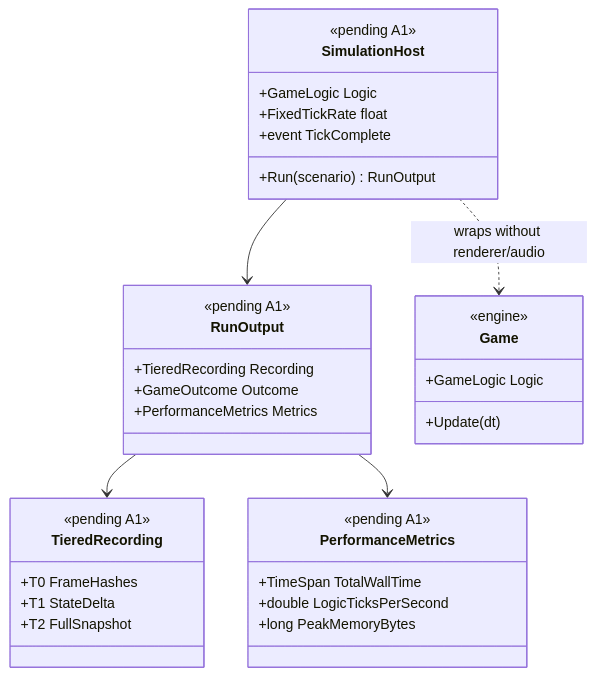
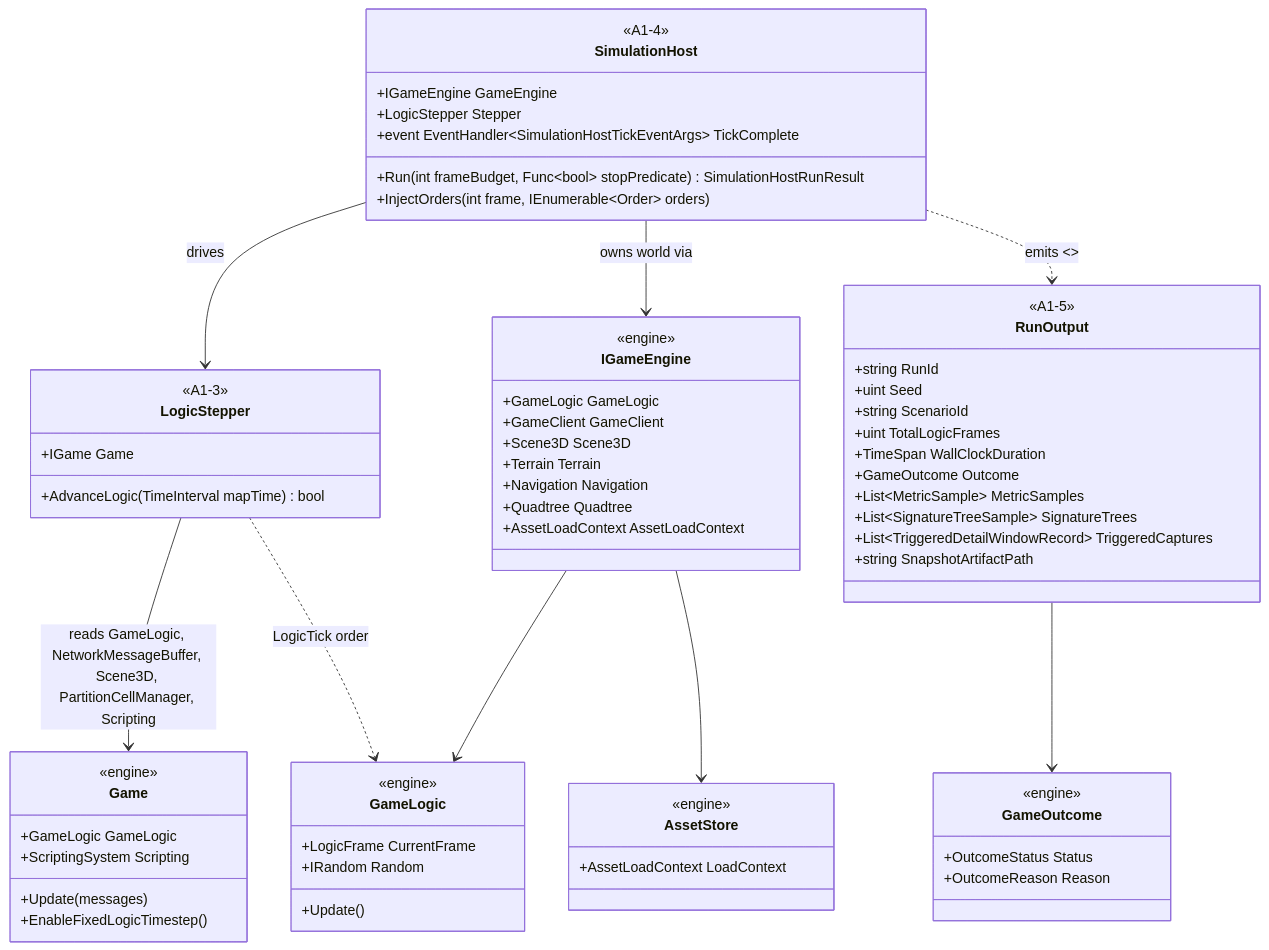
Before and after one commit to rmessinger/Panopticon: the first of 3 diagrams in docs/roadmap/deep-dives/a1-headless-host.md, drawn with Mermaid. The commit also changed other lines of this file and 50 other files, not shown here.

First line of the commit message:
Track A: A1 headless simulation host + A2 seeded randomness prerequisite (#26)

````diff
--- a/docs/roadmap/deep-dives/a1-headless-host.md
+++ b/docs/roadmap/deep-dives/a1-headless-host.md
@@ -128,42 +136,77 @@
 ```mermaid
 classDiagram
   class SimulationHost {
-    <<pending A1>>
-    +GameLogic Logic
-    +FixedTickRate float
-    +Run(scenario) RunOutput
-    +event TickComplete
+    <<A1-4>>
+    +IGameEngine GameEngine
+    +LogicStepper Stepper
+    +Run(int frameBudget, Func~bool~ stopPredicate) SimulationHostRunResult
+    +InjectOrders(int frame, IEnumerable~Order~ orders)
+    +event EventHandler~SimulationHostTickEventArgs~ TickComplete
   }
 
-  class RunOutput {
-    <<pending A1>>
-    +TieredRecording Recording
-    +GameOutcome Outcome
-    +PerformanceMetrics Metrics
-  }
-
-  class TieredRecording {
-    <<pending A1>>
-    +T0 FrameHashes
-    +T1 StateDelta
-    +T2 FullSnapshot
-  }
-
-  class PerformanceMetrics {
-    <<pending A1>>
-    +TimeSpan TotalWallTime
-    +double LogicTicksPerSecond
-    +long PeakMemoryBytes
+  class LogicStepper {
+    <<A1-3>>
+    +IGame Game
+    +AdvanceLogic(TimeInterval mapTime) bool
   }
 
   class Game {
     <<engine>>
-    +GameLogic Logic
-    +Update(dt)
+    +GameLogic GameLogic
+    +ScriptingSystem Scripting
+    +Update(messages)
+    +EnableFixedLogicTimestep()
   }
 
-  SimulationHost --> RunOutput
-  RunOutput --> TieredRecording
-  RunOutput --> PerformanceMetrics
-  SimulationHost ..> Game : wraps without renderer/audio
+  class IGameEngine {
+    <<engine>>
+    +GameLogic GameLogic
+    +GameClient GameClient
+    +Scene3D Scene3D
+    +Terrain Terrain
+    +Navigation Navigation
+    +Quadtree Quadtree
+    +AssetLoadContext AssetLoadContext
+  }
+
+  class GameLogic {
+    <<engine>>
+    +LogicFrame CurrentFrame
+    +IRandom Random
+    +Update()
+  }
+
+  class AssetStore {
+    <<engine>>
+    +AssetLoadContext LoadContext
+  }
+
+  class RunOutput {
+    <<A1-5>>
+    +string RunId
+    +uint Seed
+    +string ScenarioId
+    +uint TotalLogicFrames
+    +TimeSpan WallClockDuration
+    +GameOutcome Outcome
+    +List~MetricSample~ MetricSamples
+    +List~SignatureTreeSample~ SignatureTrees
+    +List~TriggeredDetailWindowRecord~ TriggeredCaptures
+    +string SnapshotArtifactPath
+  }
+
+  class GameOutcome {
+    <<engine>>
+    +OutcomeStatus Status
+    +OutcomeReason Reason
+  }
+
+  SimulationHost --> LogicStepper : drives
+  SimulationHost --> IGameEngine : owns world via
+  LogicStepper --> Game : reads GameLogic, NetworkMessageBuffer, Scene3D, PartitionCellManager, Scripting
+  LogicStepper ..> GameLogic : LogicTick order
+  IGameEngine --> GameLogic
+  IGameEngine --> AssetStore
+  SimulationHost ..> RunOutput : emits <<A1-5>>
+  RunOutput --> GameOutcome
 ```
````
